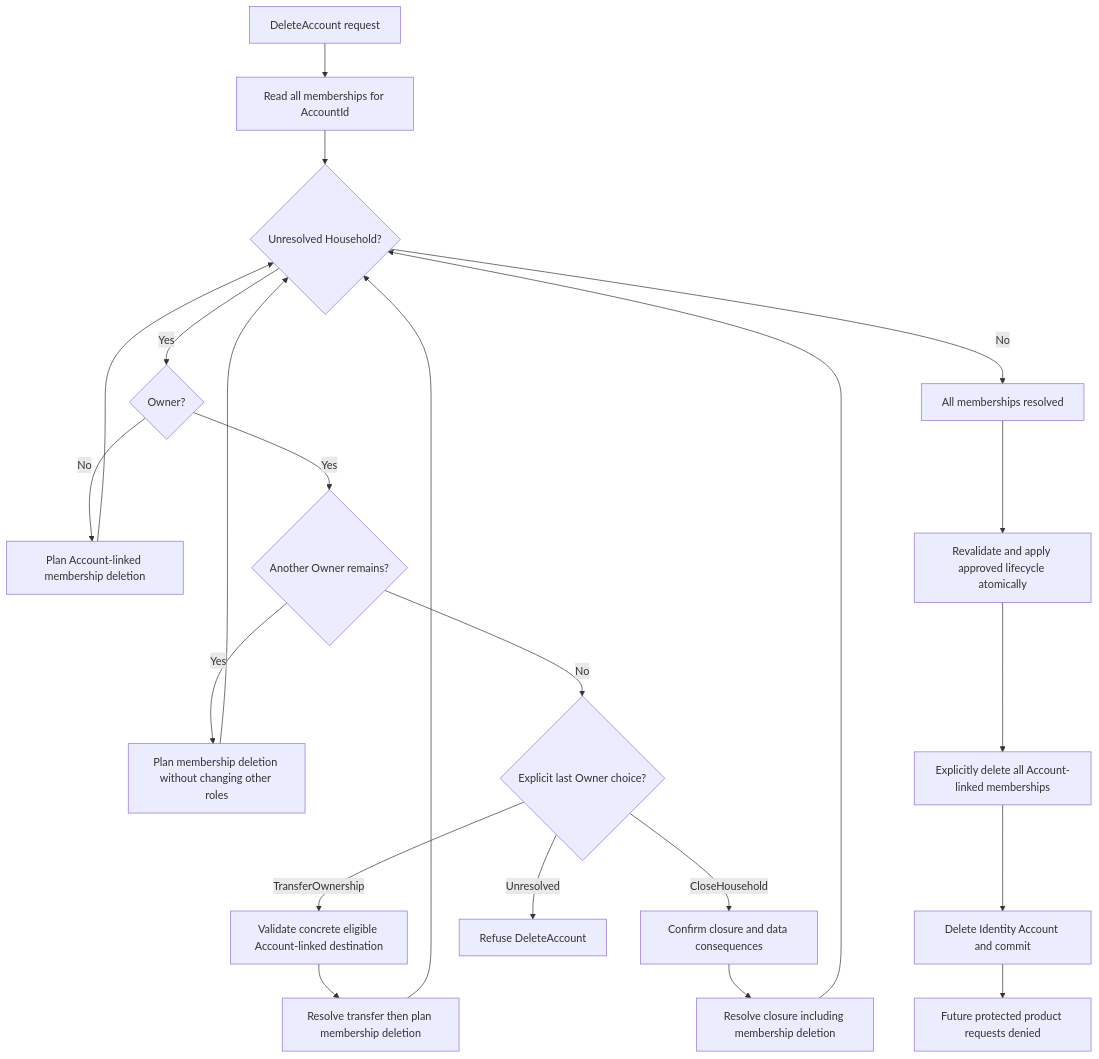
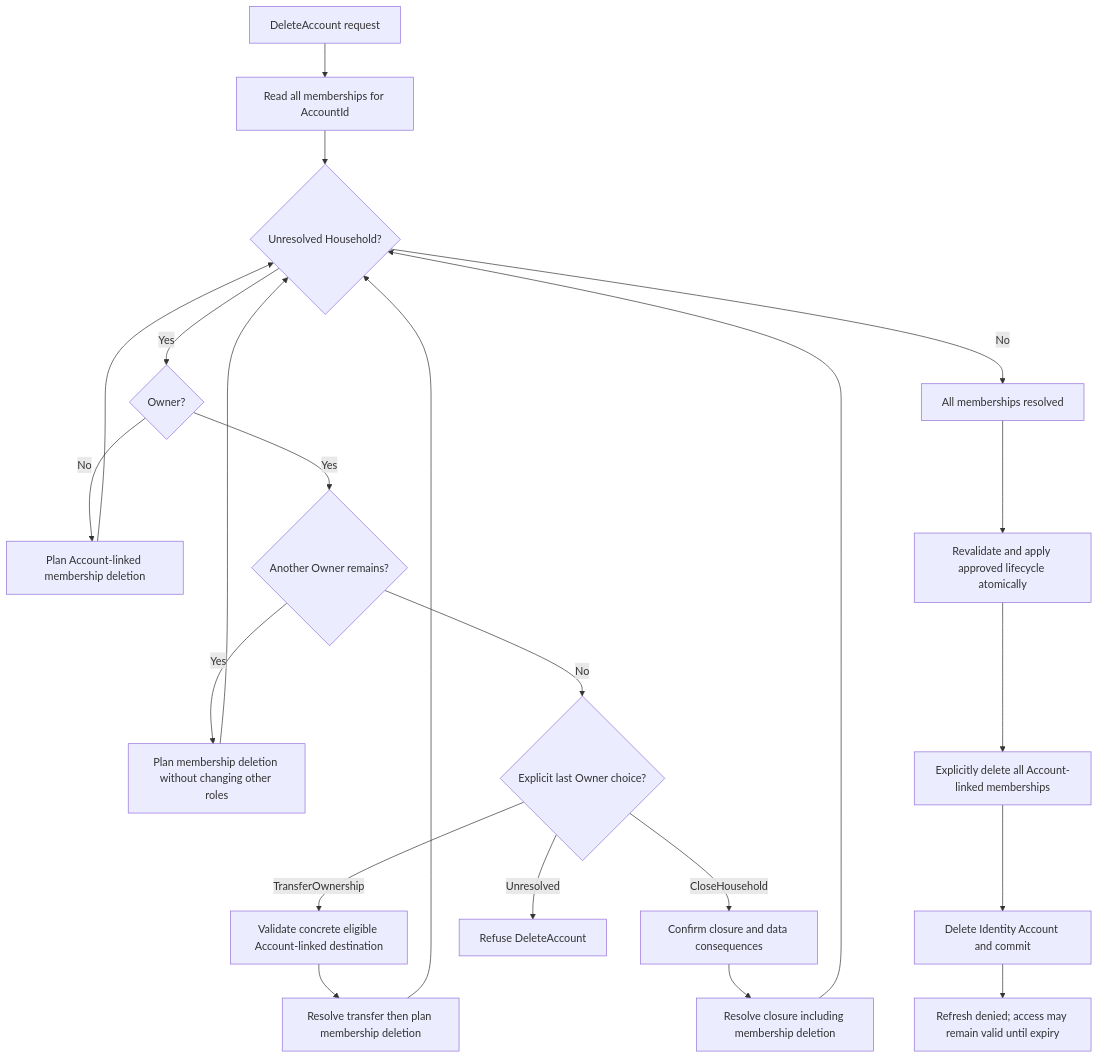
Before and after one commit to vgn40/HomePlatform: the diagram in docs/privacy/DELETION-DESIGN.md, drawn with Mermaid. The commit also changed other lines of this file and 25 other files, not shown here.

````diff
--- a/docs/privacy/DELETION-DESIGN.md
+++ b/docs/privacy/DELETION-DESIGN.md
@@ -141,24 +168,24 @@
 ```mermaid
 flowchart TD
     A[DeleteAccount request] --> B[Read all memberships for AccountId]
     B --> C{Unresolved Household?}
     C -->|Yes| D{Owner?}
     D -->|No| E[Plan Account-linked membership deletion]
     D -->|Yes| F{Another Owner remains?}
     F -->|Yes| G[Plan membership deletion without changing other roles]
     F -->|No| H{Explicit last Owner choice?}
     H -->|TransferOwnership| I[Validate concrete eligible Account-linked destination]
     H -->|CloseHousehold| J[Confirm closure and data consequences]
     H -->|Unresolved| K[Refuse DeleteAccount]
     I --> L[Resolve transfer then plan membership deletion]
     J --> M[Resolve closure including membership deletion]
     E --> C
     G --> C
     L --> C
     M --> C
     C -->|No| N[All memberships resolved]
     N --> O[Revalidate and apply approved lifecycle atomically]
     O --> R[Explicitly delete all Account-linked memberships]
     R --> P[Delete Identity Account and commit]
-    P --> Q[Future protected product requests denied]
+    P --> Q[Refresh denied; access may remain valid until expiry]
 ```
````
